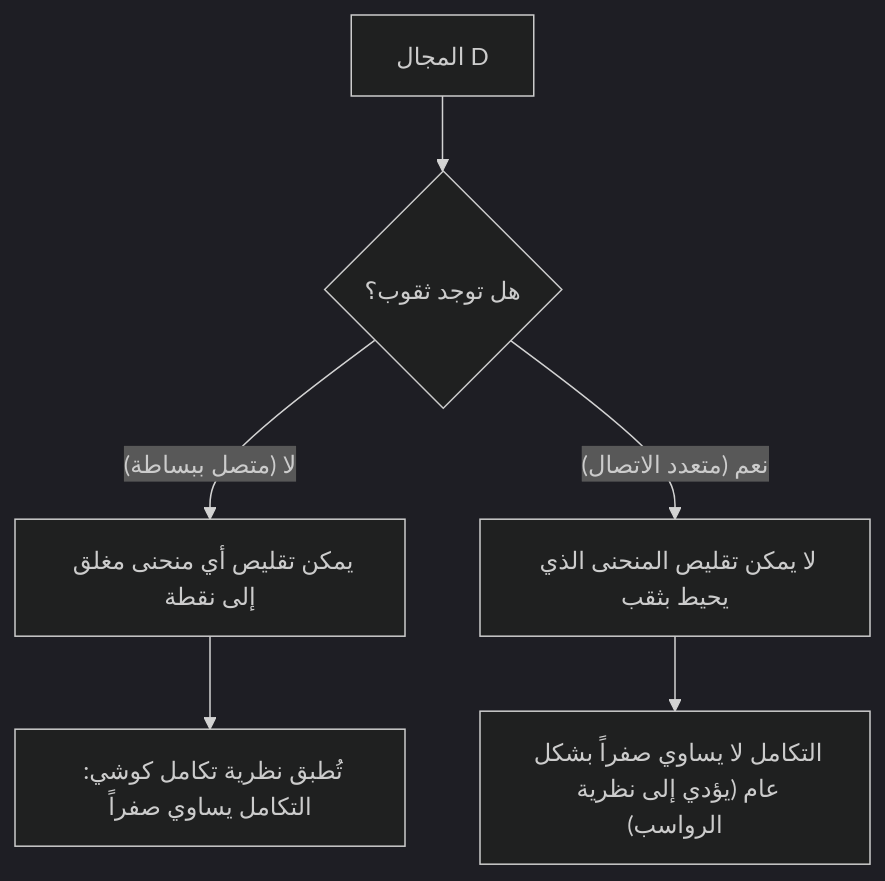
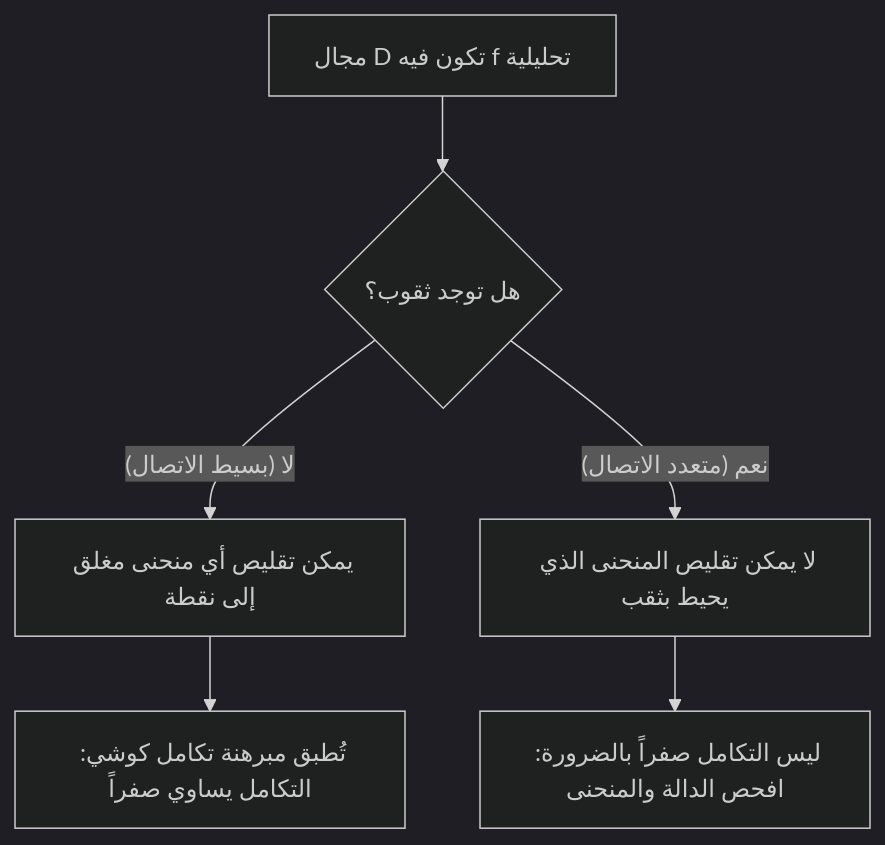
One commit to kenjinote/blog changed the diagram in content/post/cauchys-integral-theorem/index.ar.md. Above: the diagram before and after it, drawn with Mermaid (dark theme). The commit also changed other lines of this file and 8 other files, not shown here.

````diff
--- a/content/post/cauchys-integral-theorem/index.ar.md
+++ b/content/post/cauchys-integral-theorem/index.ar.md
@@ -95,8 +95,8 @@
 ```mermaid
 flowchart TD
-    A["المجال D"] --> B{"هل توجد ثقوب؟"}
-    B -->|"لا (متصل ببساطة)"| C["يمكن تقليص أي منحنى مغلق إلى نقطة"]
-    C --> D["تُطبق نظرية تكامل كوشي: التكامل يساوي صفراً"]
+    A["مجال D تكون فيه f تحليلية"] --> B{"هل توجد ثقوب؟"}
+    B -->|"لا (بسيط الاتصال)"| C["يمكن تقليص أي منحنى مغلق إلى نقطة"]
+    C --> D["تُطبق مبرهنة تكامل كوشي: التكامل يساوي صفراً"]
     B -->|"نعم (متعدد الاتصال)"| E["لا يمكن تقليص المنحنى الذي يحيط بثقب"]
-    E --> F["التكامل لا يساوي صفراً بشكل عام (يؤدي إلى نظرية الرواسب)"]
+    E --> F["ليس التكامل صفراً بالضرورة: افحص الدالة والمنحنى"]
 ```
````
